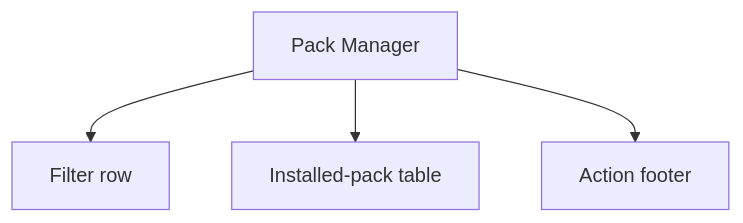
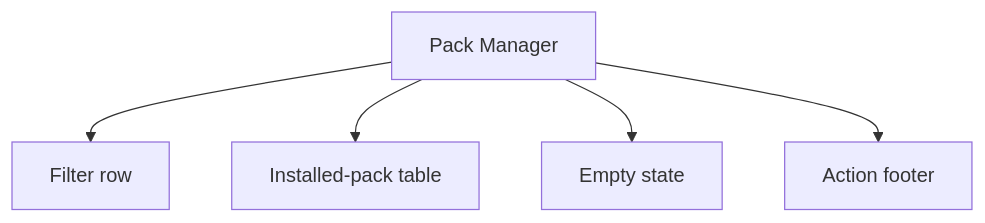
One commit to SunaNoOshiro/Heroes_Reforged_AI_Realms changed the first of 3 diagrams in docs/architecture/wiki/screens/71-pack-manager/architecture.md. Above: the diagram before and after it, drawn with Mermaid. The commit also changed other lines of this file and 518 other files, not shown here.

First line of the commit message:
Add doc-audit skill and sweep architecture/screen docs

````diff
--- a/docs/architecture/wiki/screens/71-pack-manager/architecture.md
+++ b/docs/architecture/wiki/screens/71-pack-manager/architecture.md
@@ -18,10 +34,12 @@
 ```mermaid
 flowchart TD
   Root["Pack Manager"]
   C0["Filter row"]
   Root --> C0
   C1["Installed-pack table"]
   Root --> C1
-  C2["Action footer"]
+  C2["Empty state"]
   Root --> C2
+  C3["Action footer"]
+  Root --> C3
 ```
````
